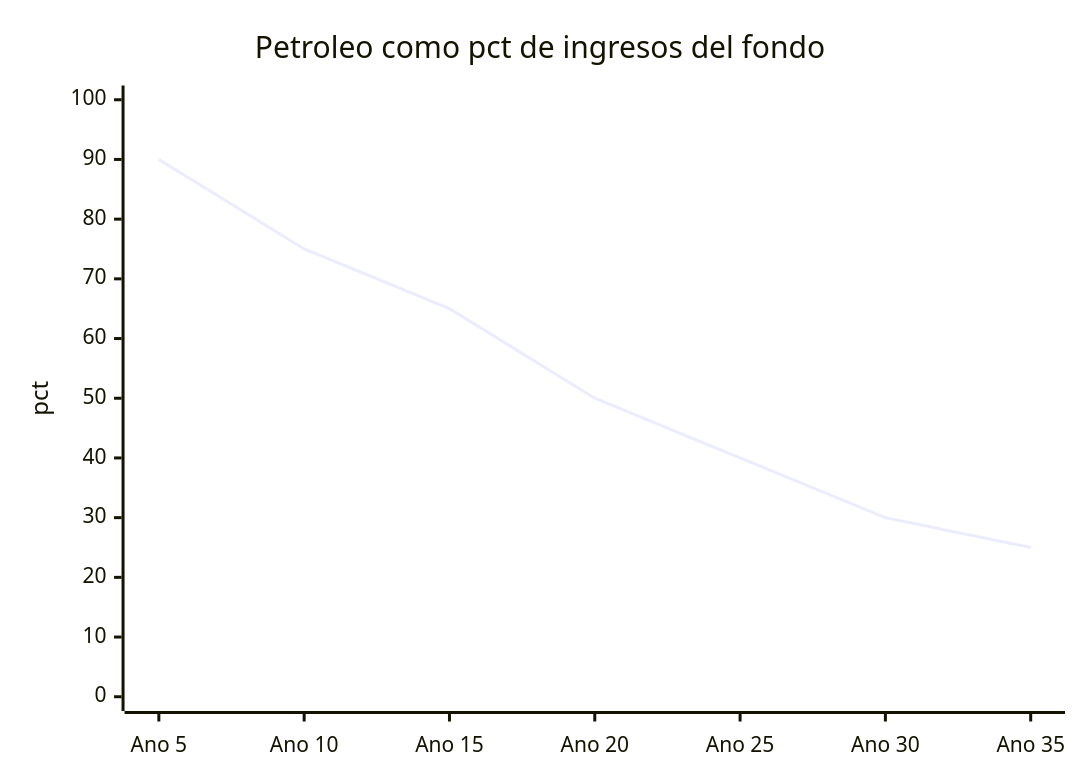
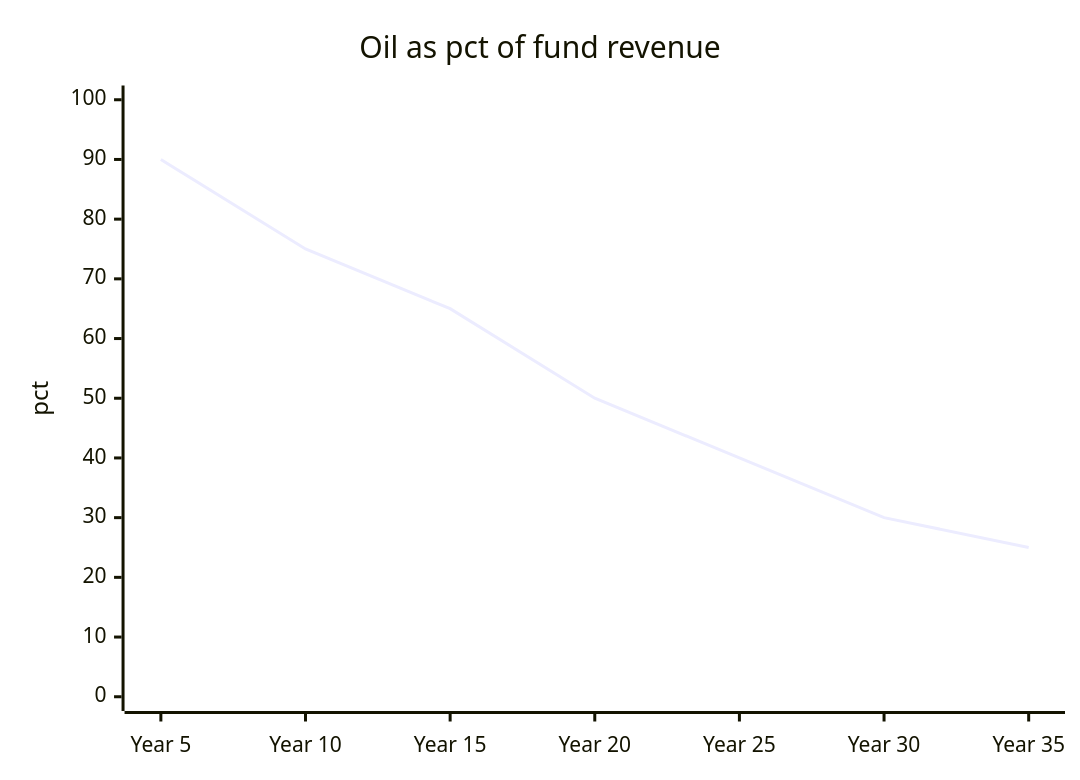
The sixth of 10 diagrams in i18n/en/docusaurus-plugin-content-docs/current/07-ejecucion/el-sueno.md (Venezuela-S-A/venezuela-sa), drawn with Mermaid before and after one commit. The commit also changed other lines of this file and 127 other files, not shown here.

````diff
--- a/i18n/en/docusaurus-plugin-content-docs/current/07-ejecucion/el-sueno.md
+++ b/i18n/en/docusaurus-plugin-content-docs/current/07-ejecucion/el-sueno.md
@@ -490,7 +490,7 @@
 ```mermaid
 xychart-beta
-    title "Petroleo como pct de ingresos del fondo"
-    x-axis ["Ano 5", "Ano 10", "Ano 15", "Ano 20", "Ano 25", "Ano 30", "Ano 35"]
+    title "Oil as pct of fund revenue"
+    x-axis ["Year 5", "Year 10", "Year 15", "Year 20", "Year 25", "Year 30", "Year 35"]
     y-axis "pct" 0 --> 100
     line [90, 75, 65, 50, 40, 30, 25]
 ```
````
